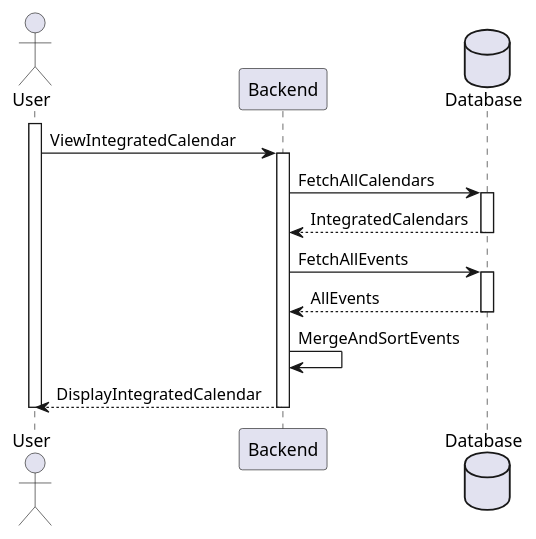
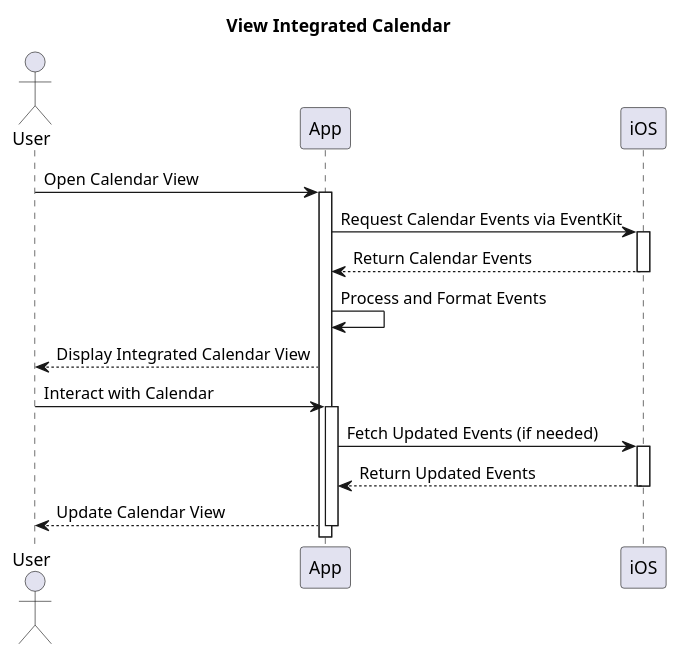
Before and after one commit to jadwalapp/symmetrical-spoon: diagram 12 of 14 in docs/diagrams/sequence-diagrams/all-sequence-diagrams.puml, drawn with PlantUML. The commit also changed other lines of this file and 12 other files, not shown here.

```diff
--- a/docs/diagrams/sequence-diagrams/all-sequence-diagrams.puml
+++ b/docs/diagrams/sequence-diagrams/all-sequence-diagrams.puml
@@ -340,21 +403,33 @@
-@startuml View Integrated Calendar
+@startuml "View Integrated Calendar"
+title View Integrated Calendar
+
 actor User
-participant Backend
-database Database
+participant "App" as App
+participant "iOS" as iOS
 
-activate User
+User -> App: Open Calendar View
+activate App
 
-User -> Backend ++ : ViewIntegratedCalendar
+App -> iOS: Request Calendar Events via EventKit
+activate iOS
 
-Backend -> Database ++ : FetchAllCalendars
-Database --> Backend -- : IntegratedCalendars
+iOS --> App: Return Calendar Events
+deactivate iOS
 
-Backend -> Database ++ : FetchAllEvents
-Database --> Backend -- : AllEvents
+App -> App: Process and Format Events
 
-Backend -> Backend : MergeAndSortEvents
-Backend --> User -- : DisplayIntegratedCalendar
+App --> User: Display Integrated Calendar View
 
-deactivate User
+User -> App: Interact with Calendar
+activate App
+
+App -> iOS: Fetch Updated Events (if needed)
+activate iOS
+
+iOS --> App: Return Updated Events
+deactivate iOS
+
+App --> User: Update Calendar View
+deactivate App
 
 @enduml
```
